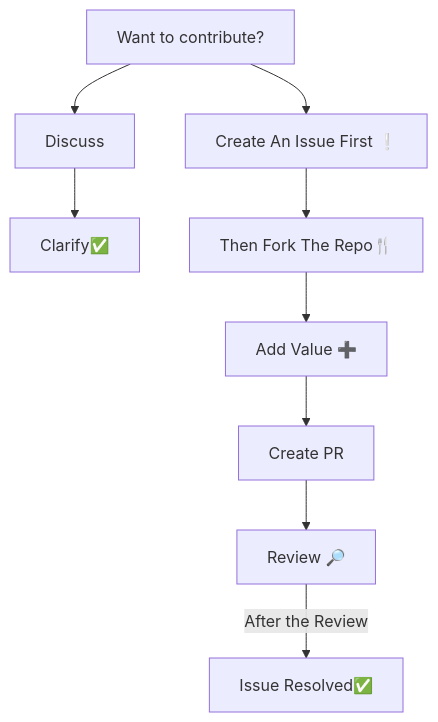
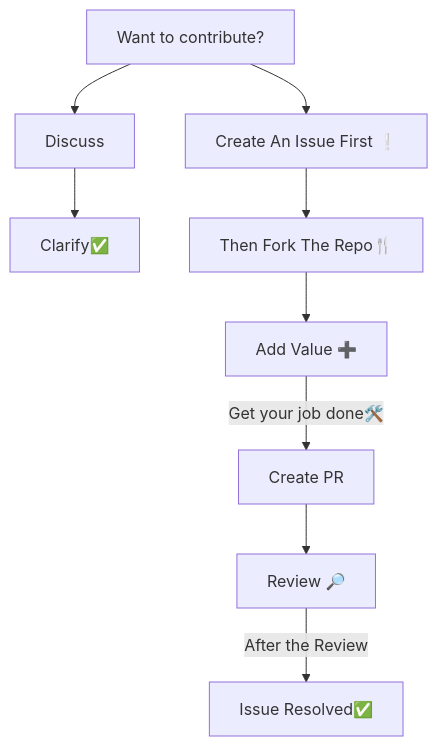
One commit to PragadeeshM1608/Discrete-Mathematics-and-Its-Applications changed the diagram in CONTRIBUTING.md. Above: the diagram before and after it, drawn with Mermaid.

````diff
--- a/CONTRIBUTING.md
+++ b/CONTRIBUTING.md
@@ -16,8 +16,8 @@
 ```mermaid
 graph TD
 Contribute[Want to contribute?]
 Contribute --> Discuss --> clarify[Clarify✅]
-Contribute --> Issue[Create An Issue First ❕] --> Fork[Then Fork The Repo🍴] --> Value[Add Value ➕] --> Pr[Create PR]
+Contribute --> Issue[Create An Issue First ❕] --> Fork[Then Fork The Repo🍴] --> Value[Add Value ➕] -->|Get your job done🛠️| Pr[Create PR]
  Pr --> Review[Review 🔎]
  Review -->|After the Review| Done[Issue Resolved✅]
 ``` 
````
